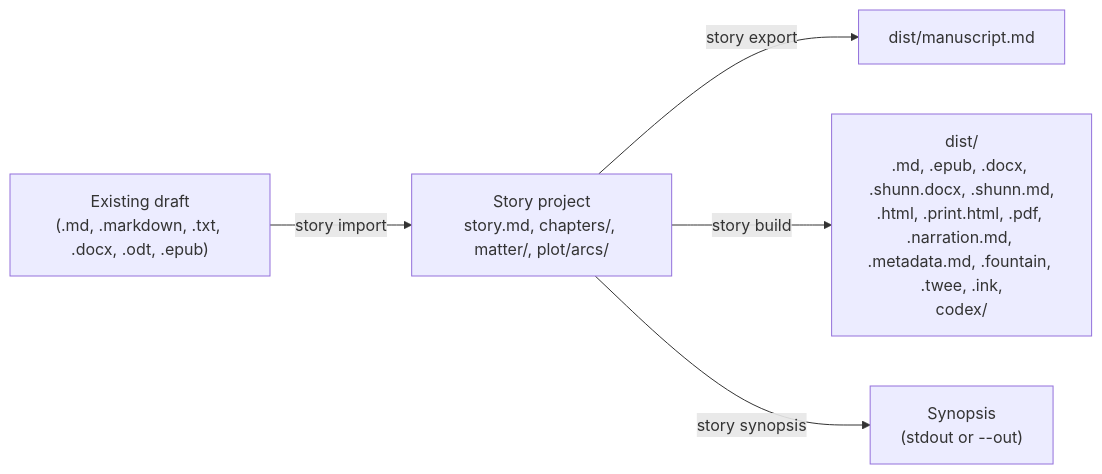
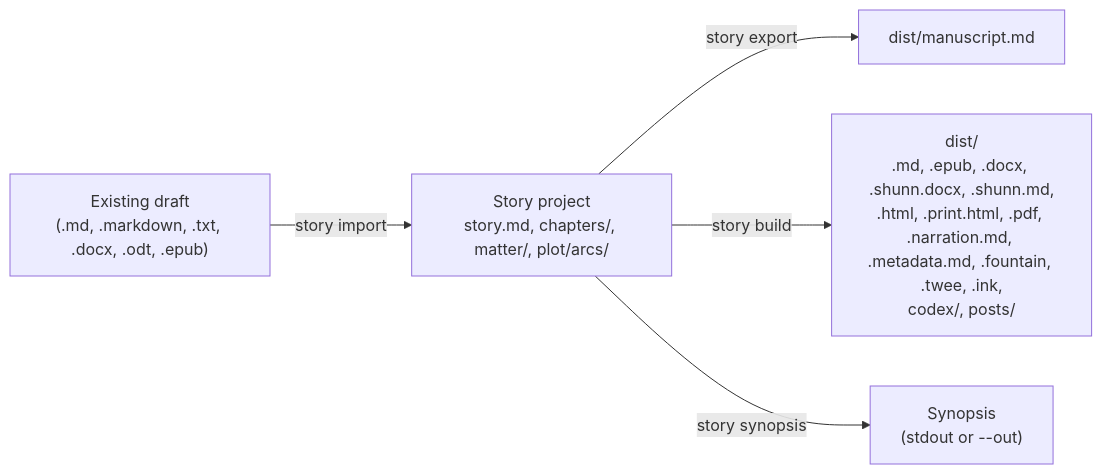
Before and after one commit to danjdewhurst/story-skills: the diagram in docs/manuscripts.md, drawn with Mermaid. The commit also changed other lines of this file and 8 other files, not shown here.

````diff
--- a/docs/manuscripts.md
+++ b/docs/manuscripts.md
@@ -29,7 +29,7 @@
 ```mermaid
 flowchart LR
   draft["Existing draft<br/>(.md, .markdown, .txt, .docx, .odt, .epub)"] -->|story import| project["Story project<br/>story.md, chapters/, matter/, plot/arcs/"]
   project -->|story export| manuscript["dist/manuscript.md"]
-  project -->|story build| dist["dist/<br/>.md, .epub, .docx, .shunn.docx, .shunn.md,<br/>.html, .print.html, .pdf, .narration.md, .metadata.md, .fountain, .twee, .ink,<br/>codex/"]
+  project -->|story build| dist["dist/<br/>.md, .epub, .docx, .shunn.docx, .shunn.md,<br/>.html, .print.html, .pdf, .narration.md, .metadata.md, .fountain, .twee, .ink,<br/>codex/, posts/"]
   project -->|story synopsis| synopsis["Synopsis<br/>(stdout or --out)"]
 ```
````
